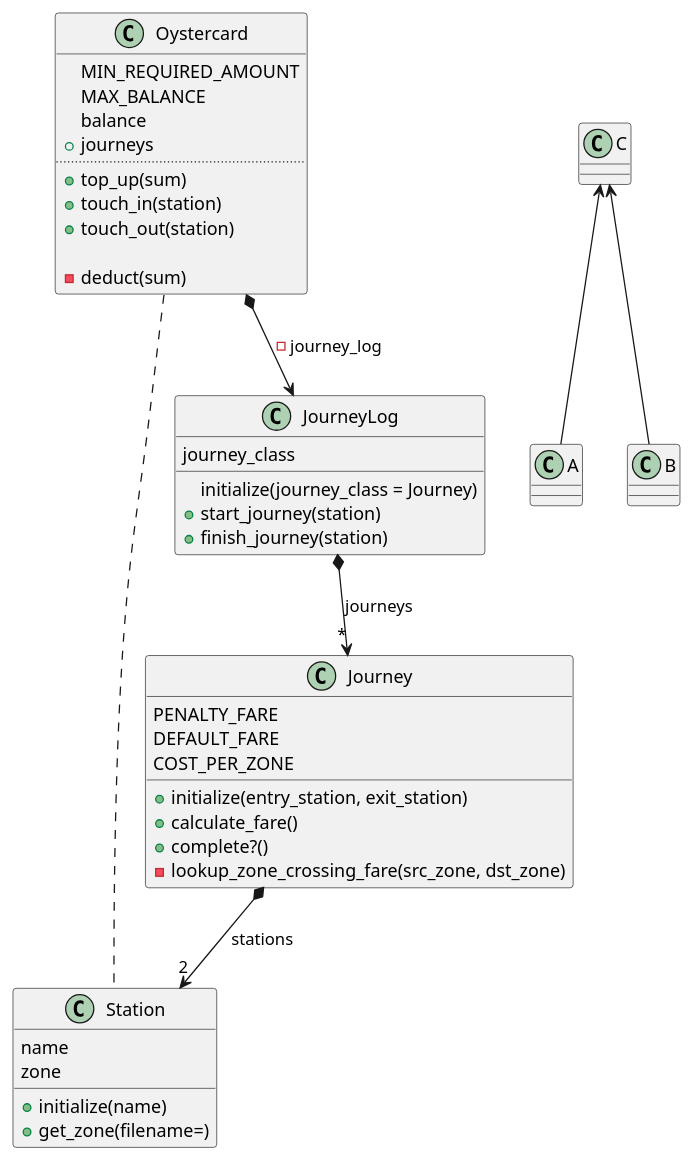
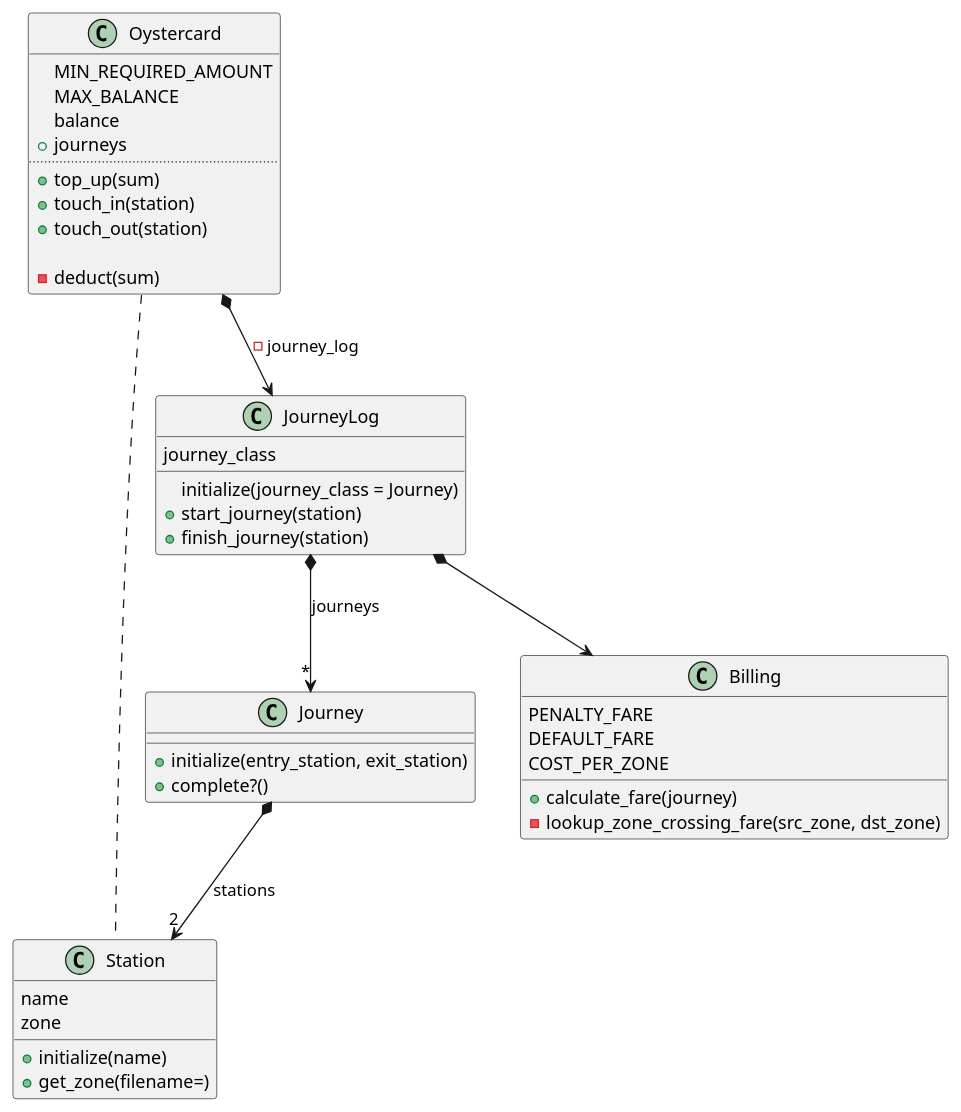
One commit to meta-morpho-sys/new_oystercard changed the diagram in oystercard.puml. Above: the diagram before and after it, drawn with PlantUML. The commit also changed 39 other files, not shown here.

Commit message:
Extracted fare calculation methods from class Journey into class Billing, improved the tests, fixed some bugs and did ageneral tidying.

```diff
--- a/oystercard.puml
+++ b/oystercard.puml
@@ -1,48 +1,49 @@
 @startuml
 
 class Oystercard {
     MIN_REQUIRED_AMOUNT
     MAX_BALANCE
     balance
     + journeys
     ..
     + top_up(sum)
     + touch_in(station)
     + touch_out(station)
 
     - deduct(sum)
 }
 
 class Station {
     name
     zone
     + initialize(name)
     + get_zone(filename=)
 }
 
 class Journey {
-    PENALTY_FARE
-    DEFAULT_FARE
-    COST_PER_ZONE
     + initialize(entry_station, exit_station)
-    + calculate_fare()
     + complete?()
-    - lookup_zone_crossing_fare(src_zone, dst_zone)
-}
+   }
 
 class JourneyLog {
     journey_class
     initialize(journey_class = Journey)
     +start_journey(station)
     +finish_journey(station)
 }
 
+class Billing {
+    PENALTY_FARE
+    DEFAULT_FARE
+    COST_PER_ZONE
+    + calculate_fare(journey)
+    - lookup_zone_crossing_fare(src_zone, dst_zone)
+}
+
 Oystercard .. Station
 Journey *--> "2" Station: stations
 Oystercard *--> JourneyLog: -journey_log
 JourneyLog *--> "*" Journey: journeys
-
-C <-- A
-C <-- B
+JourneyLog *--> Billing
 
 @enduml
```
